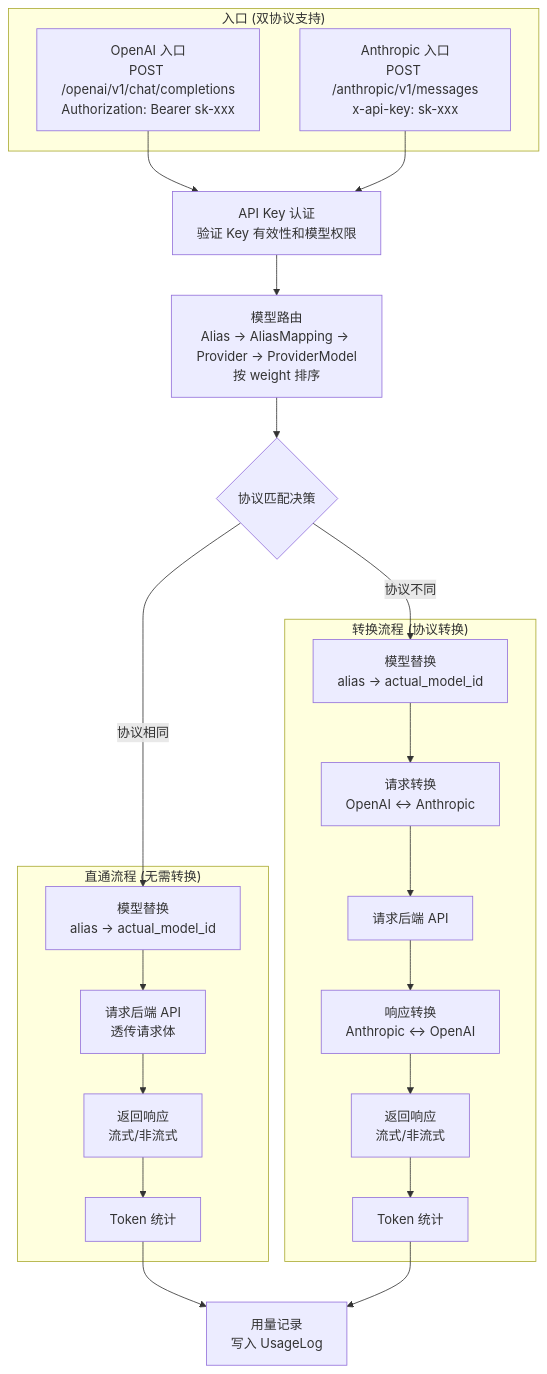
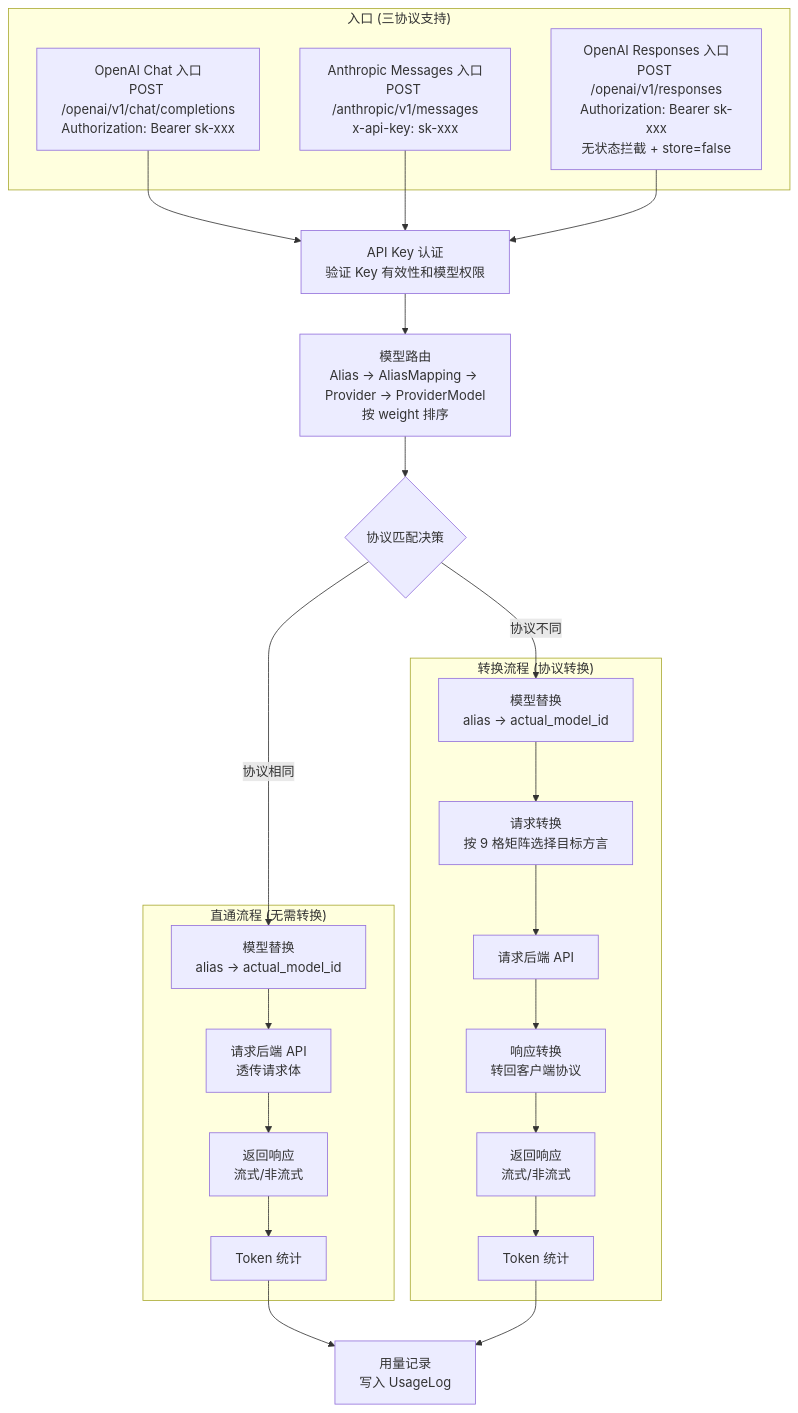
Before and after one commit to lx0758/AI-Gateway: the first of 3 diagrams in README.md, drawn with Mermaid. The commit also changed other lines of this file and 31 other files, not shown here.

Commit message:
feat: 增加 OpenAI Responses 协议支持

````diff
--- a/README.md
+++ b/README.md
@@ -39,37 +41,39 @@
 ```mermaid
 flowchart TD
-    subgraph 入口["入口 (双协议支持)"]
-        A1["OpenAI 入口<br/>POST /openai/v1/chat/completions<br/>Authorization: Bearer sk-xxx"]
-        A2["Anthropic 入口<br/>POST /anthropic/v1/messages<br/>x-api-key: sk-xxx"]
+    subgraph 入口["入口 (三协议支持)"]
+        A1["OpenAI Chat 入口<br/>POST /openai/v1/chat/completions<br/>Authorization: Bearer sk-xxx"]
+        A2["Anthropic Messages 入口<br/>POST /anthropic/v1/messages<br/>x-api-key: sk-xxx"]
+        A3["OpenAI Responses 入口<br/>POST /openai/v1/responses<br/>Authorization: Bearer sk-xxx<br/>无状态拦截 + store=false"]
     end
 
     A1 --> B
     A2 --> B
+    A3 --> B
 
     B["API Key 认证<br/>验证 Key 有效性和模型权限"]
     --> C["模型路由<br/>Alias → AliasMapping → Provider → ProviderModel<br/>按 weight 排序"]
 
     --> D{"协议匹配决策"}
 
     D -->|"协议相同"| S1
     D -->|"协议不同"| S2
 
     subgraph 直通流程["直通流程 (无需转换)"]
         S1["模型替换<br/>alias → actual_model_id"]
         --> R1["请求后端 API<br/>透传请求体"]
         --> RES1["返回响应<br/>流式/非流式"]
         --> TK1["Token 统计"]
     end
 
     subgraph 转换流程["转换流程 (协议转换)"]
         S2["模型替换<br/>alias → actual_model_id"]
-        --> TR1["请求转换<br/>OpenAI ↔ Anthropic"]
+        --> TR1["请求转换<br/>按 9 格矩阵选择目标方言"]
         --> R2["请求后端 API"]
-        --> TR2["响应转换<br/>Anthropic ↔ OpenAI"]
+        --> TR2["响应转换<br/>转回客户端协议"]
         --> RES2["返回响应<br/>流式/非流式"]
         --> TK2["Token 统计"]
     end
 
     TK1 --> I["用量记录<br/>写入 UsageLog"]
     TK2 --> I
 ```
````
